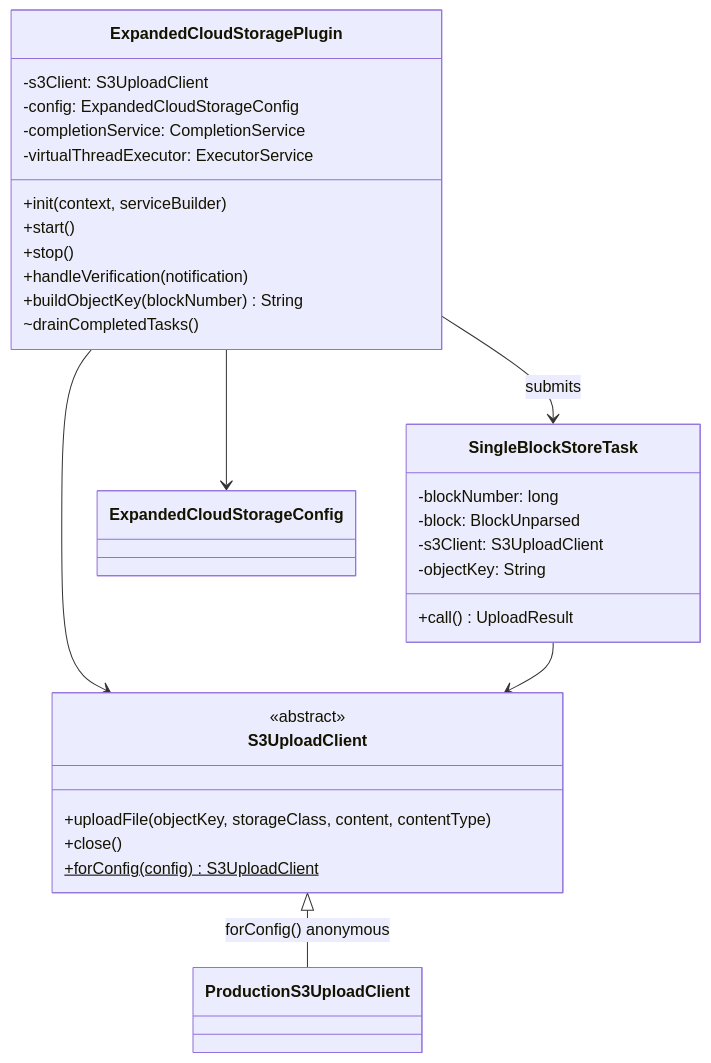
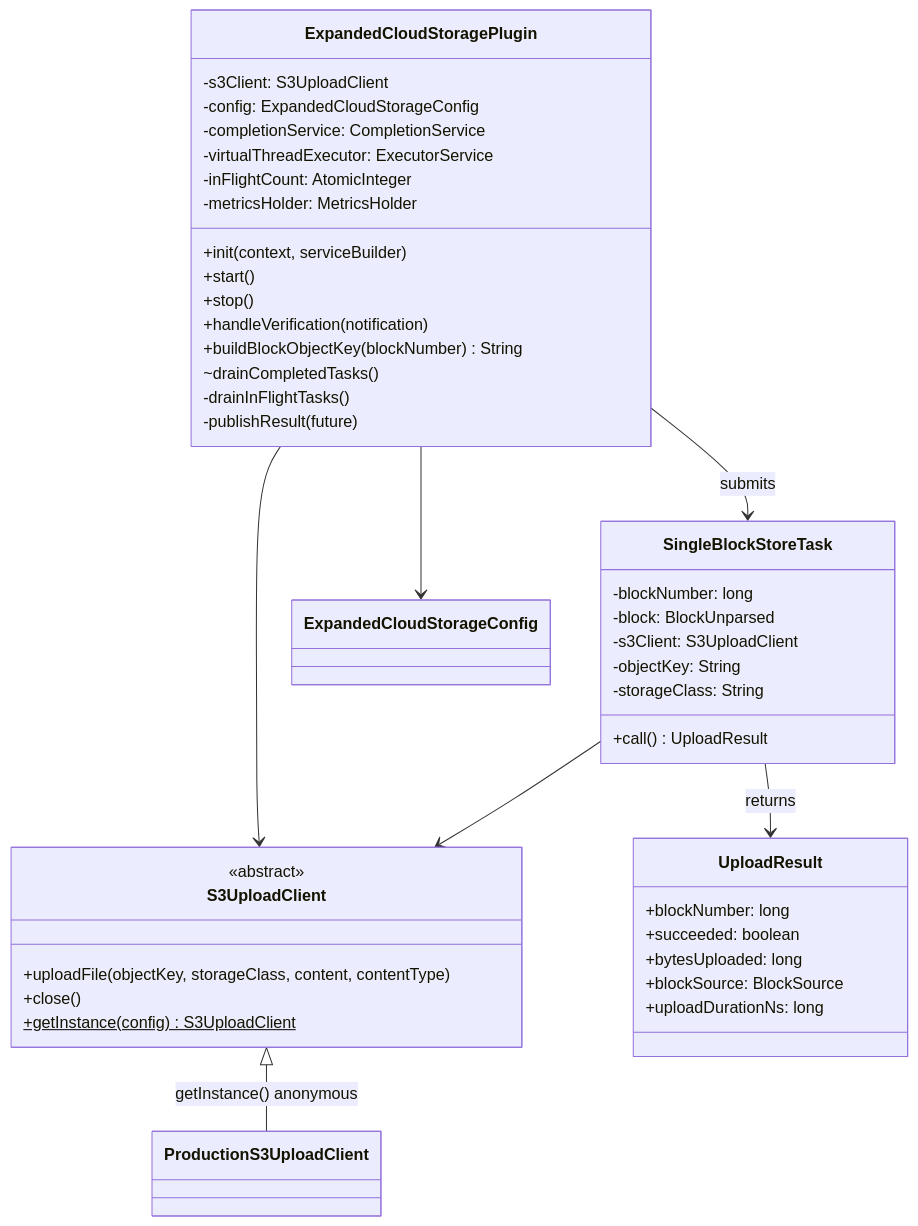
One commit to hiero-ledger/hiero-block-node changed the second of 2 diagrams in docs/design/persistence/expanded-cloud-storage.md. Above: the diagram before and after it, drawn with Mermaid. The commit also changed other lines of this file and 7 other files, not shown here.

````diff
--- a/docs/design/persistence/expanded-cloud-storage.md
+++ b/docs/design/persistence/expanded-cloud-storage.md
@@ -203,33 +240,46 @@
 ```mermaid
 classDiagram
     class S3UploadClient {
         <<abstract>>
         +uploadFile(objectKey, storageClass, content, contentType)
         +close()
-        +forConfig(config)$ S3UploadClient
+        +getInstance(config)$ S3UploadClient
     }
     class ExpandedCloudStoragePlugin {
         -s3Client: S3UploadClient
         -config: ExpandedCloudStorageConfig
         -completionService: CompletionService
         -virtualThreadExecutor: ExecutorService
+        -inFlightCount: AtomicInteger
+        -metricsHolder: MetricsHolder
         +init(context, serviceBuilder)
         +start()
         +stop()
         +handleVerification(notification)
-        +buildObjectKey(blockNumber) String
+        +buildBlockObjectKey(blockNumber) String
         ~drainCompletedTasks()
+        -drainInFlightTasks()
+        -publishResult(future)
     }
     class SingleBlockStoreTask {
         -blockNumber: long
         -block: BlockUnparsed
         -s3Client: S3UploadClient
         -objectKey: String
+        -storageClass: String
         +call() UploadResult
     }
-    S3UploadClient <|-- ProductionS3UploadClient : forConfig() anonymous
+    class UploadResult {
+        +blockNumber: long
+        +succeeded: boolean
+        +bytesUploaded: long
+        +blockSource: BlockSource
+        +uploadDurationNs: long
+    }
+    S3UploadClient <|-- ProductionS3UploadClient : getInstance() anonymous
     ExpandedCloudStoragePlugin --> S3UploadClient
     ExpandedCloudStoragePlugin --> SingleBlockStoreTask : submits
     SingleBlockStoreTask --> S3UploadClient
+    SingleBlockStoreTask --> UploadResult : returns
     ExpandedCloudStoragePlugin --> ExpandedCloudStorageConfig
 ```
````
